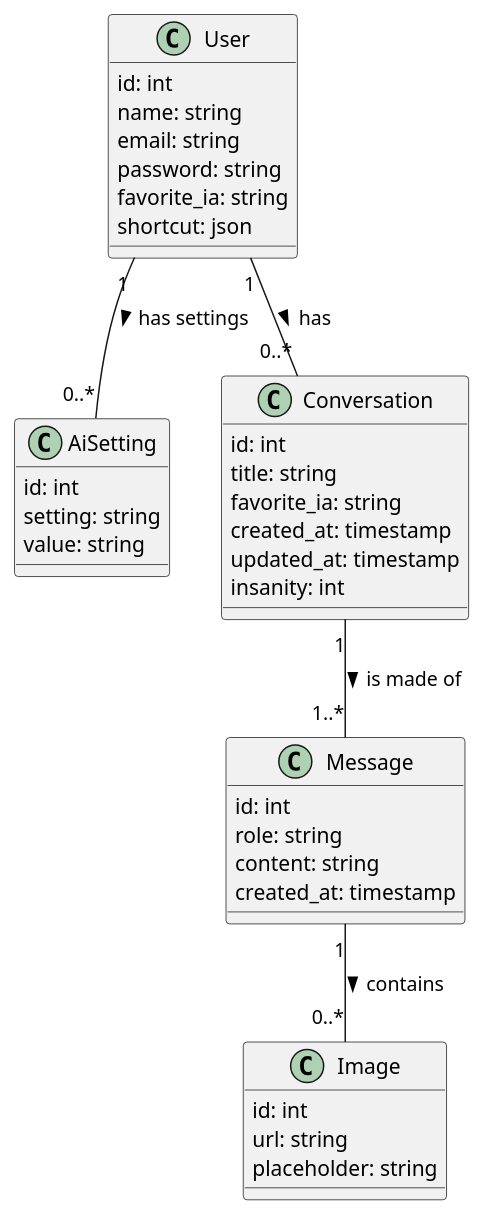
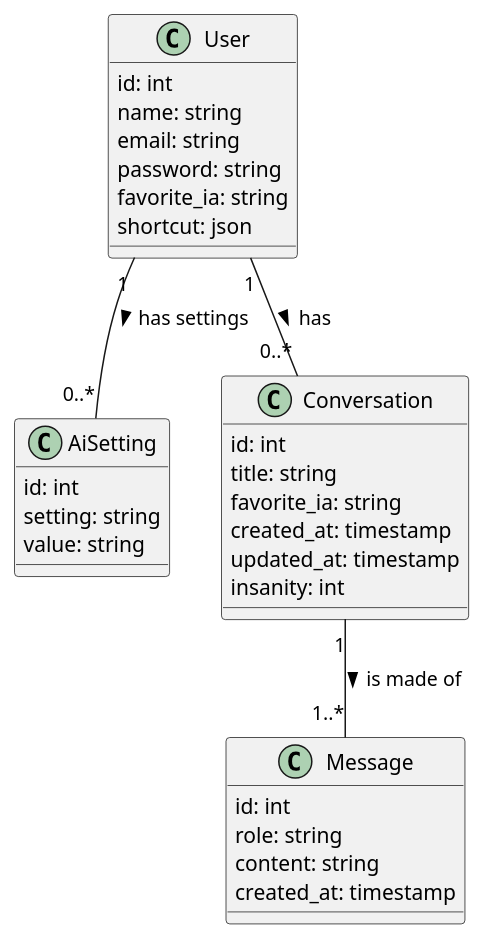
The diagram in docs/class_diagram.puml (AlphaXZero/AI_Chat), drawn with PlantUML before and after one commit. The commit also changed 9 other files, not shown here.

```diff
--- a/docs/class_diagram.puml
+++ b/docs/class_diagram.puml
@@ -1,40 +1,34 @@
 @startuml Normal Chat
 class User {
   id: int
   name: string
   email: string
   password: string
   favorite_ia: string
   shortcut: json
   ' Structure du shortcut (tableau d'objets) :
   ' [{ "command": "hi", "instruction": "hello " }, ...]
 }
 class AiSetting {
   id: int
   setting: string
   value: string
 }
 class Conversation {
   id: int
   title: string
   favorite_ia: string
   created_at: timestamp
   updated_at: timestamp
   insanity: int
 }
 class Message {
   id: int
   role: string
   content: string
   created_at: timestamp
 }
-class Image {
-  id: int
-  url: string
-  placeholder: string
-}
 User "1" -- "0..*" Conversation : has >
 User "1" -- "0..*" AiSetting : has settings >
 Conversation "1" -- "1..*" Message : is made of >
-Message "1" -- "0..*" Image : contains >
 @enduml
```
